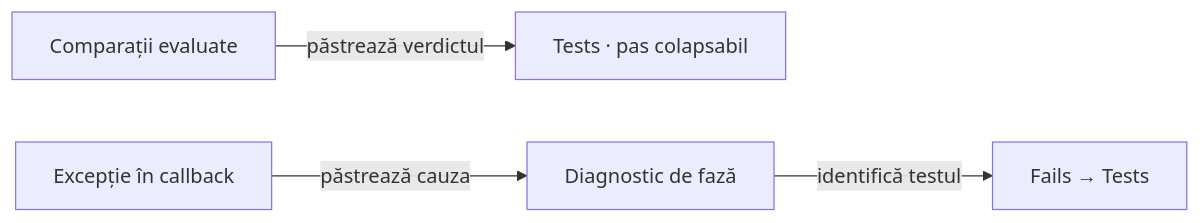
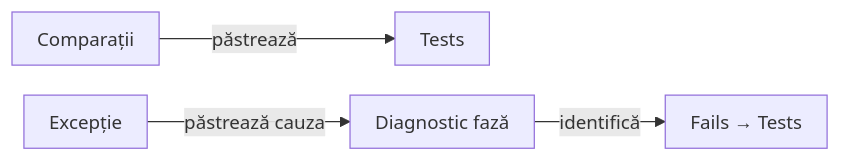
One commit to crististefanita/atf_j0 changed diagram 11 of 14 in atf-reporting/README.md. Above: the diagram before and after it, drawn with Mermaid. The commit also changed other lines of this file and 97 other files, not shown here.

````diff
--- a/atf-reporting/README.md
+++ b/atf-reporting/README.md
@@ -1349,6 +1482,7 @@
 ```mermaid
+%%{init: {"themeVariables":{"fontSize":"15px"},"themeCSS":".nodeLabel, .nodeLabel p { font-size: 15px !important; line-height: 1.35 !important; } .edgeLabel, .edgeLabel p { font-size: 12px !important; font-weight: 400 !important; line-height: 1.2 !important; } .edgeLabel .labelBkg, .edgeLabel p { background: transparent !important; } .edgeLabel foreignObject { transform: translateY(-18px); overflow: visible; } .node rect { rx: 6px; ry: 6px; }","flowchart":{"curve":"linear","nodeSpacing":24,"rankSpacing":40,"padding":10,"diagramPadding":16}}}%%
 flowchart LR
-    Checks["Comparații evaluate"] -->|păstrează verdictul| Tests["Tests · pas colapsabil"]
-    Error["Excepție în callback"] -->|păstrează cauza| Diagnostic["Diagnostic de fază"]
-    Diagnostic -->|identifică testul| Fails["Fails → Tests"]
+    Checks["Comparații"] -->|păstrează| Tests["Tests"]
+    Error["Excepție"] -->|păstrează cauza| Diagnostic["Diagnostic fază"]
+    Diagnostic -->|identifică| Fails["Fails → Tests"]
 ```
````
